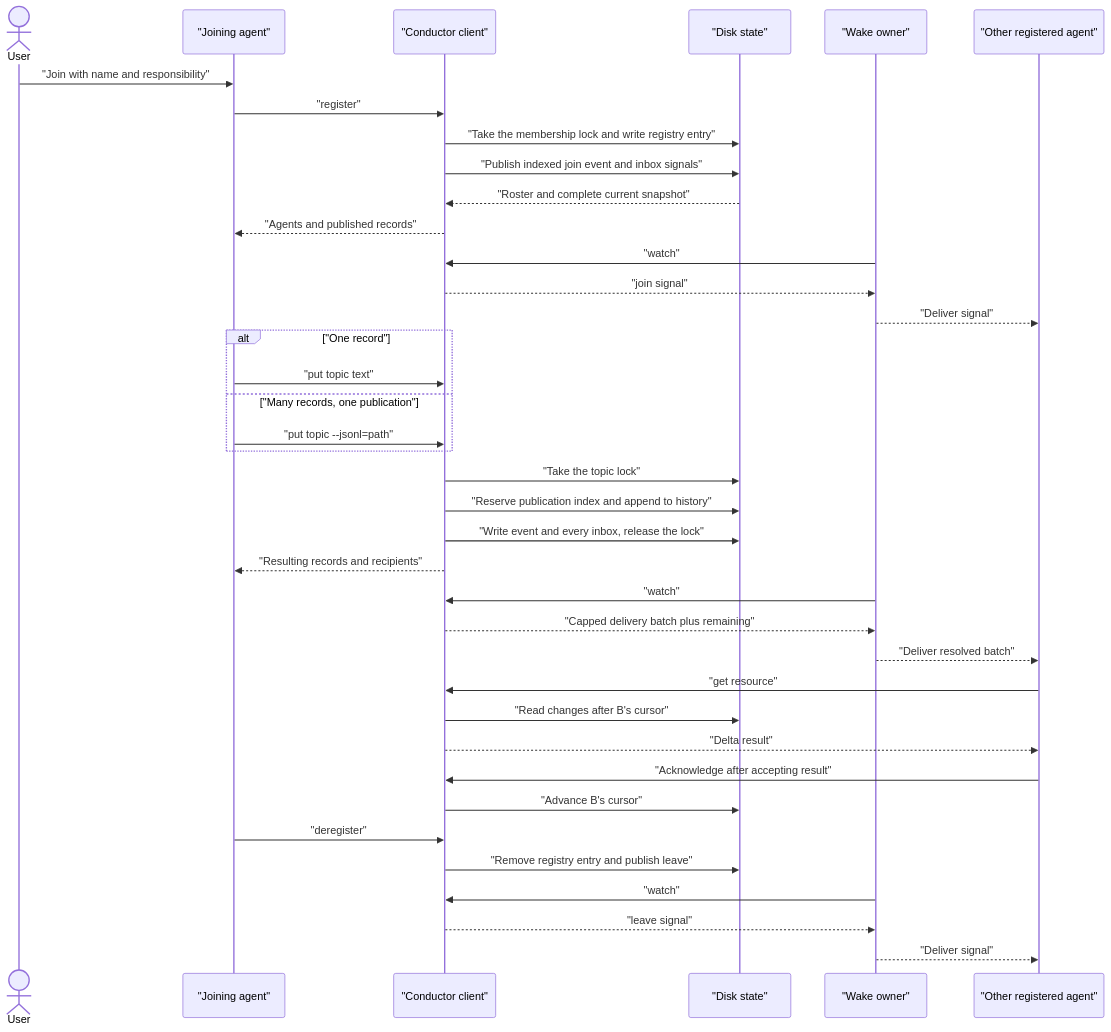
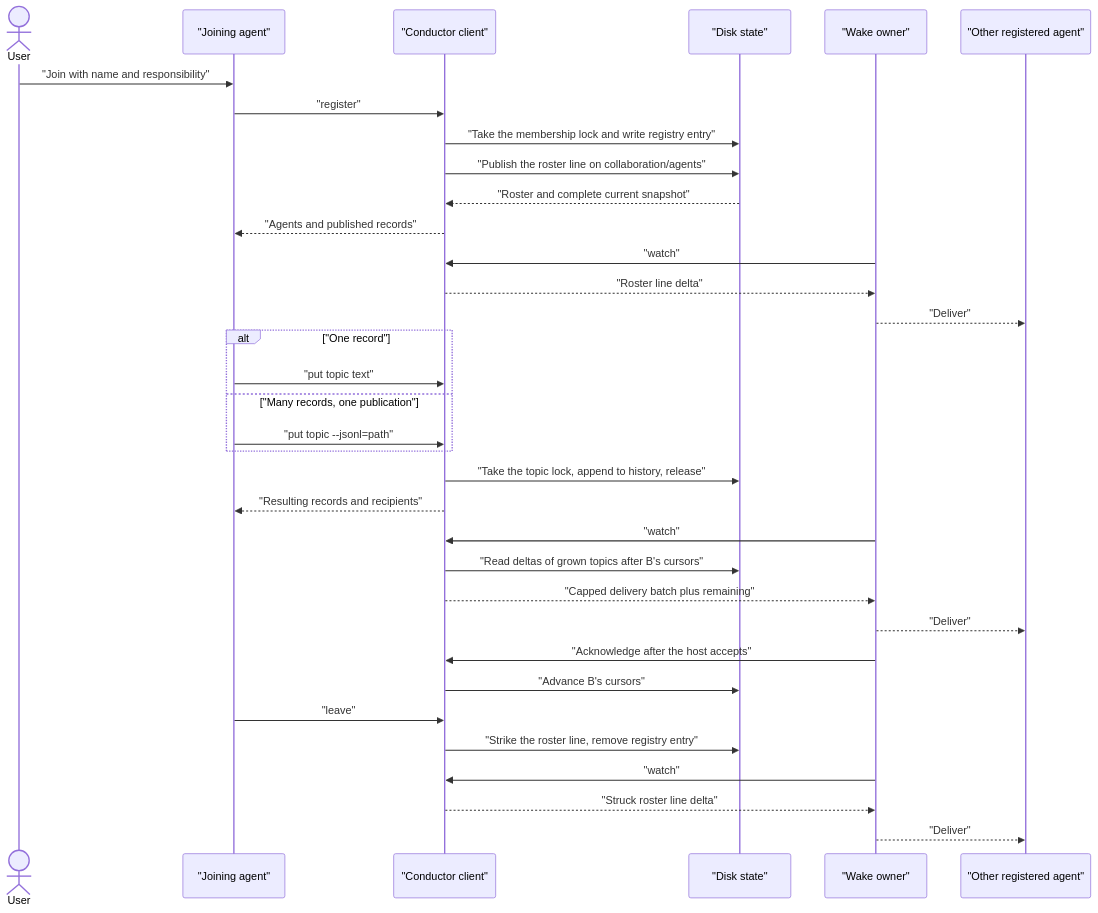
One commit to danlavee/Conductor changed the second of 5 diagrams in docs/activity-diagrams.md. Above: the diagram before and after it, drawn with Mermaid. The commit also changed other lines of this file and 43 other files, not shown here.

First line of the commit message:
refactor(state)!: wake from topic history, drop events and inbox

````diff
--- a/docs/activity-diagrams.md
+++ b/docs/activity-diagrams.md
@@ -16,45 +16,41 @@
 ```mermaid
 sequenceDiagram
     actor User
     participant A as "Joining agent"
     participant C as "Conductor client"
     participant D as "Disk state"
     participant W as "Wake owner"
     participant B as "Other registered agent"
 
     User->>A: "Join with name and responsibility"
     A->>C: "register"
     C->>D: "Take the membership lock and write registry entry"
-    C->>D: "Publish indexed join event and inbox signals"
+    C->>D: "Publish the roster line on collaboration/agents"
     D-->>C: "Roster and complete current snapshot"
     C-->>A: "Agents and published records"
     W->>C: "watch"
-    C-->>W: "join signal"
-    W-->>B: "Deliver signal"
+    C-->>W: "Roster line delta"
+    W-->>B: "Deliver"
 
     alt "One record"
         A->>C: "put topic text"
     else "Many records, one publication"
         A->>C: "put topic --jsonl=path"
     end
 
-    C->>D: "Take the topic lock"
-    C->>D: "Reserve publication index and append to history"
-    C->>D: "Write event and every inbox, release the lock"
+    C->>D: "Take the topic lock, append to history, release"
     C-->>A: "Resulting records and recipients"
 
     W->>C: "watch"
+    C->>D: "Read deltas of grown topics after B's cursors"
     C-->>W: "Capped delivery batch plus remaining"
-    W-->>B: "Deliver resolved batch"
-    B->>C: "get resource"
-    C->>D: "Read changes after B's cursor"
-    C-->>B: "Delta result"
-    B->>C: "Acknowledge after accepting result"
-    C->>D: "Advance B's cursor"
+    W-->>B: "Deliver"
+    W->>C: "Acknowledge after the host accepts"
+    C->>D: "Advance B's cursors"
 
-    A->>C: "deregister"
-    C->>D: "Remove registry entry and publish leave"
+    A->>C: "leave"
+    C->>D: "Strike the roster line, remove registry entry"
     W->>C: "watch"
-    C-->>W: "leave signal"
-    W-->>B: "Deliver signal"
+    C-->>W: "Struck roster line delta"
+    W-->>B: "Deliver"
 ```
````
